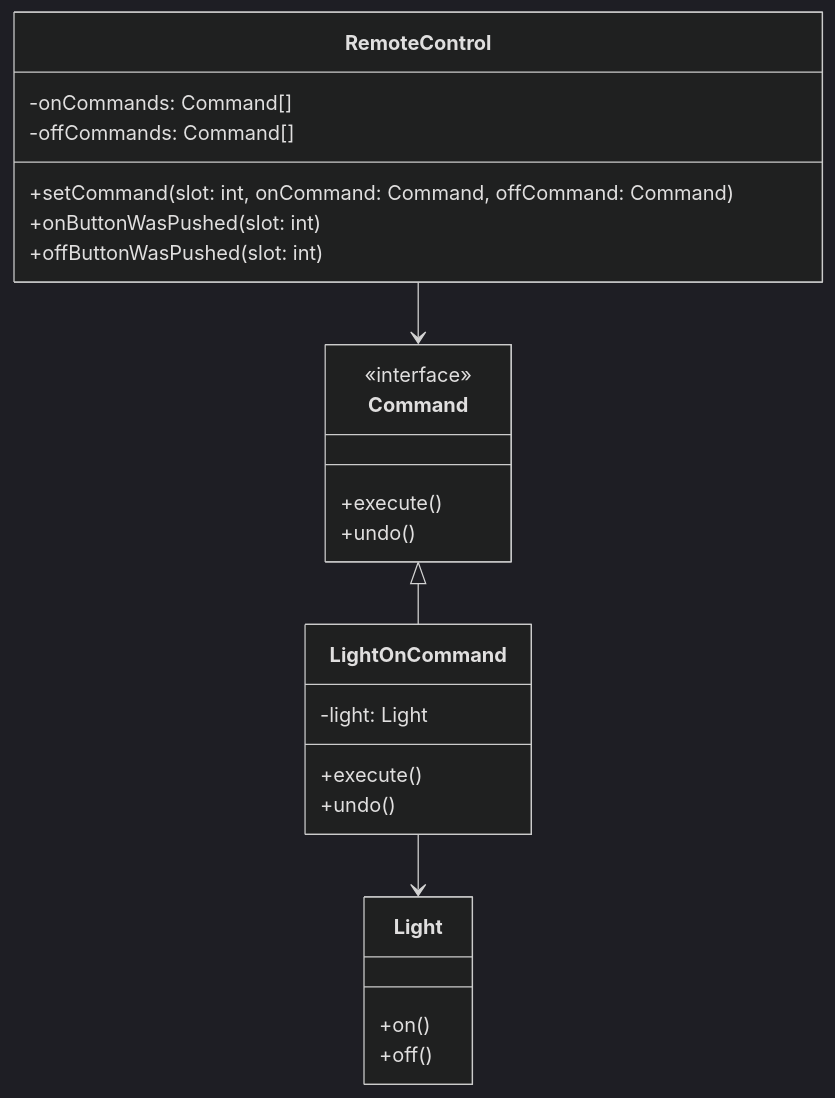
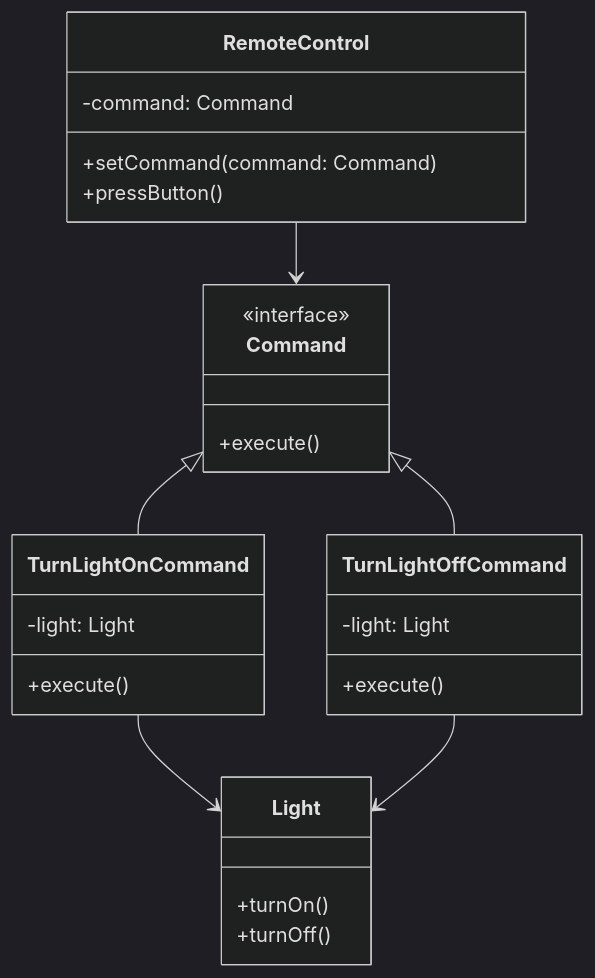
Before and after one commit to Shree2604/LL-System-Design: the diagram in Day05/Command DP/README.md, drawn with Mermaid. The commit also changed other lines of this file and 3 other files, not shown here.

````diff
--- a/Day05/Command DP/README.md
+++ b/Day05/Command DP/README.md
@@ -10,32 +10,35 @@
 ```mermaid
 classDiagram
     %%{init: {'theme': 'dark'}}%%
     class Command {
         <<interface>>
         +execute()
-        +undo()
     }
     
-    class LightOnCommand {
+    class TurnLightOnCommand {
         -light: Light
         +execute()
-        +undo()
+    }
+    
+    class TurnLightOffCommand {
+        -light: Light
+        +execute()
     }
     
     class Light {
-        +on()
-        +off()
+        +turnOn()
+        +turnOff()
     }
     
     class RemoteControl {
-        -onCommands: Command[]
-        -offCommands: Command[]
-        +setCommand(slot: int, onCommand: Command, offCommand: Command)
-        +onButtonWasPushed(slot: int)
-        +offButtonWasPushed(slot: int)
+        -command: Command
+        +setCommand(command: Command)
+        +pressButton()
     }
     
-    Command <|-- LightOnCommand
-    LightOnCommand --> Light
+    Command <|-- TurnLightOnCommand
+    Command <|-- TurnLightOffCommand
+    TurnLightOnCommand --> Light
+    TurnLightOffCommand --> Light
     RemoteControl --> Command
 ```
````
